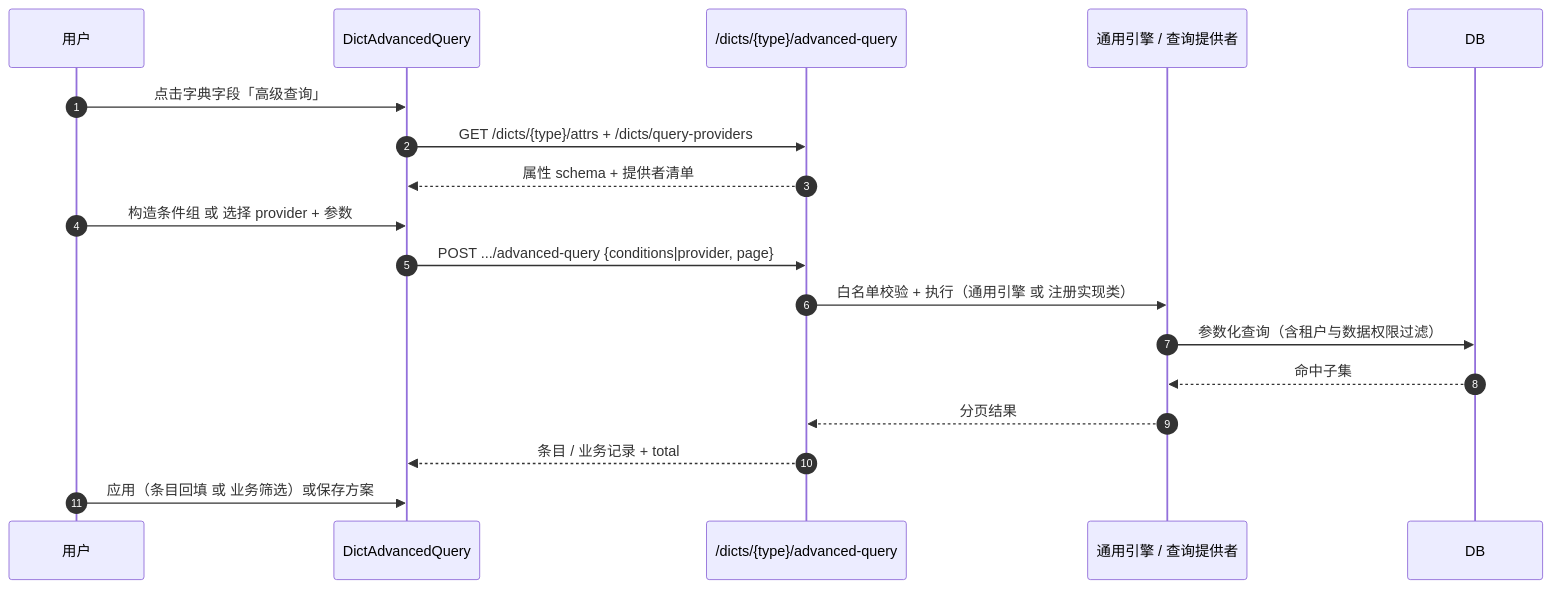
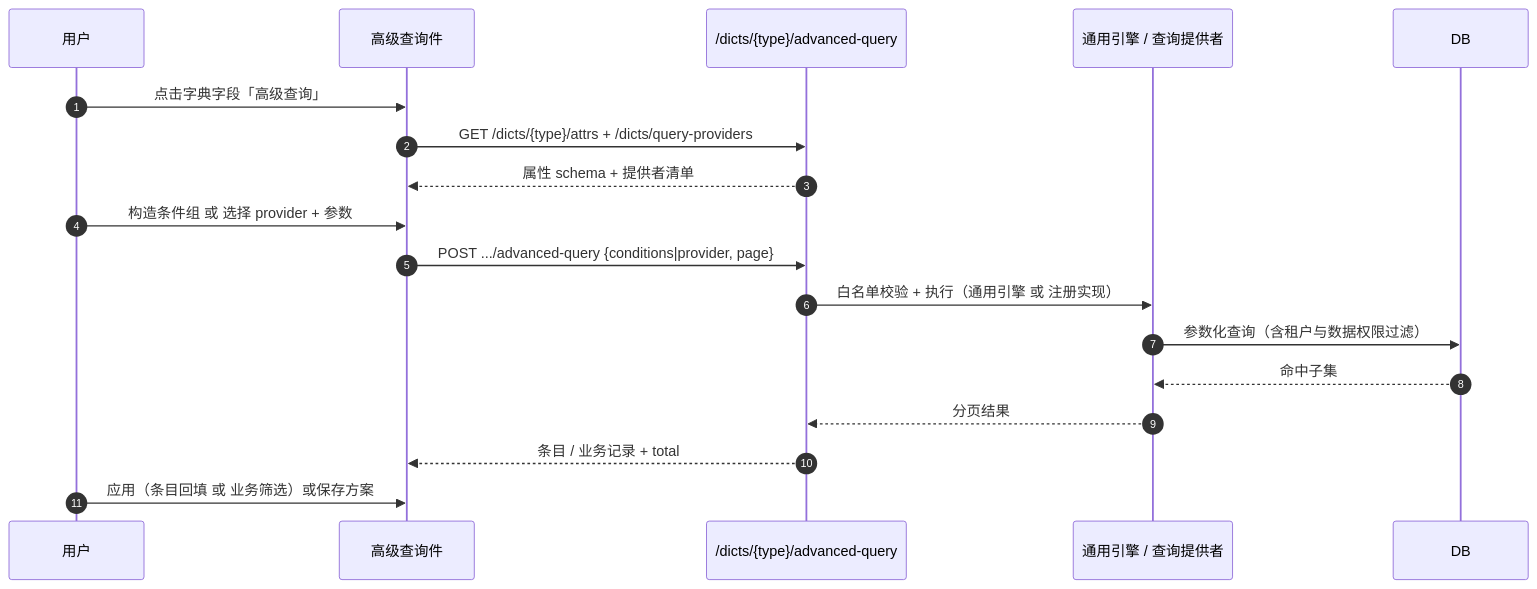
Before and after one commit to minjian123/basic-management-system: the third of 3 diagrams in bms文档/设计/组件设计/06_字段类/01_组件设计_字典字段/01_组件设计_字典字段.md, drawn with Mermaid. The commit also changed other lines of this file and 238 other files, not shown here.

````diff
--- a/bms文档/设计/组件设计/06_字段类/01_组件设计_字典字段/01_组件设计_字典字段.md
+++ b/bms文档/设计/组件设计/06_字段类/01_组件设计_字典字段/01_组件设计_字典字段.md
@@ -303,21 +293,21 @@
 ```mermaid
 sequenceDiagram
     autonumber
     participant 用户
-    participant 面板 as DictAdvancedQuery
+    participant 面板 as 高级查询件
     participant 后端 as /dicts/{type}/advanced-query
     participant 引擎 as 通用引擎 / 查询提供者
     participant DB
 
     用户->>面板: 点击字典字段「高级查询」
     面板->>后端: GET /dicts/{type}/attrs + /dicts/query-providers
     后端-->>面板: 属性 schema + 提供者清单
     用户->>面板: 构造条件组 或 选择 provider + 参数
     面板->>后端: POST .../advanced-query {conditions|provider, page}
-    后端->>引擎: 白名单校验 + 执行（通用引擎 或 注册实现类）
+    后端->>引擎: 白名单校验 + 执行（通用引擎 或 注册实现）
     引擎->>DB: 参数化查询（含租户与数据权限过滤）
     DB-->>引擎: 命中子集
     引擎-->>后端: 分页结果
     后端-->>面板: 条目 / 业务记录 + total
     用户->>面板: 应用（条目回填 或 业务筛选）或保存方案
 ```
````
